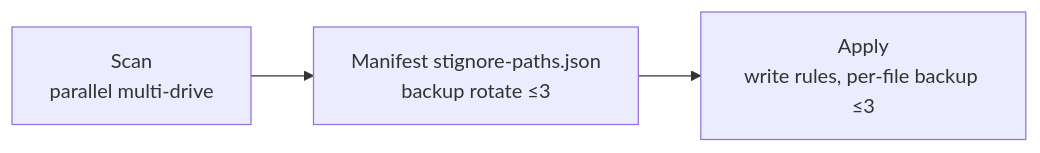
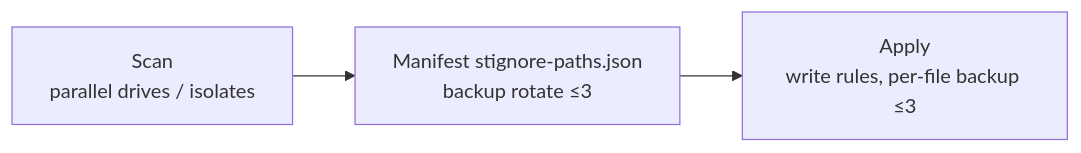
Before and after one commit to sutchan/Syncthing_Ignore_Patterns: the diagram in README_EN.md, drawn with Mermaid. The commit also changed other lines of this file and 8 other files, not shown here.

````diff
--- a/README_EN.md
+++ b/README_EN.md
@@ -107,5 +126,5 @@
 ```mermaid
 flowchart LR
-    A[Scan<br/>parallel multi-drive] --> B[Manifest stignore-paths.json<br/>backup rotate ≤3]
+    A[Scan<br/>parallel drives / isolates] --> B[Manifest stignore-paths.json<br/>backup rotate ≤3]
     B --> C[Apply<br/>write rules, per-file backup ≤3]
 ```
````
